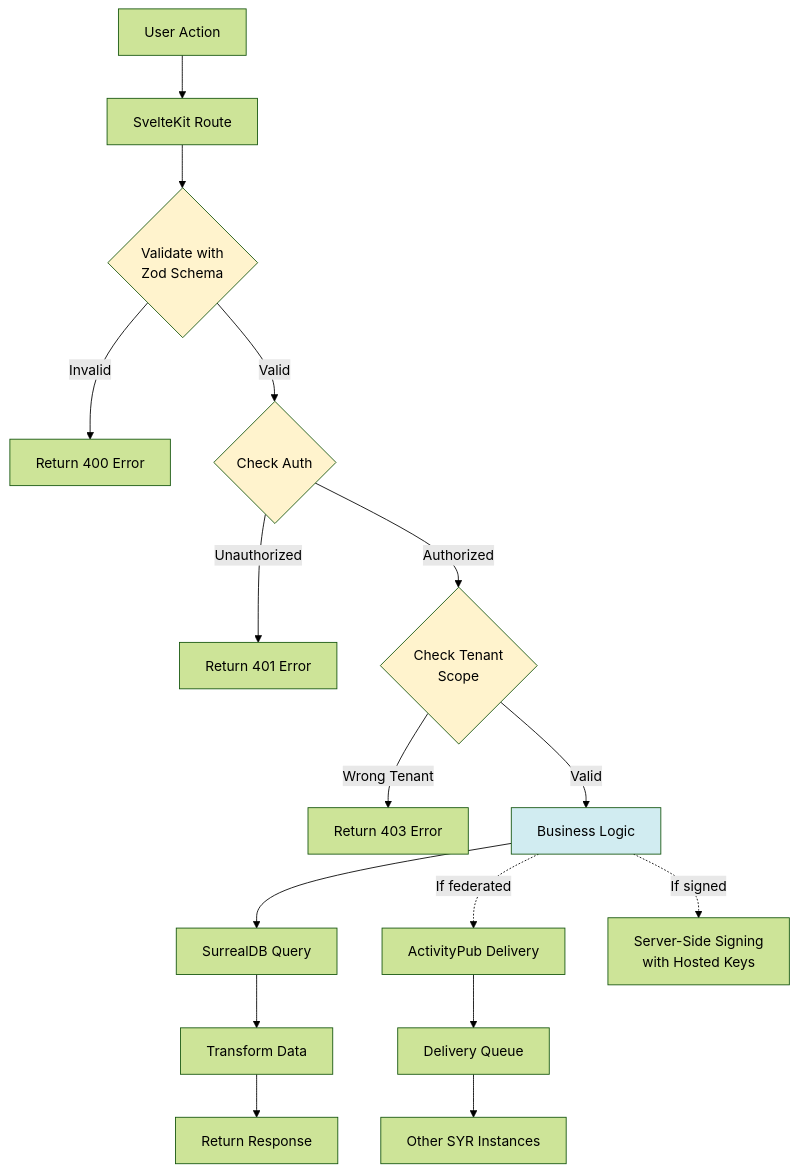
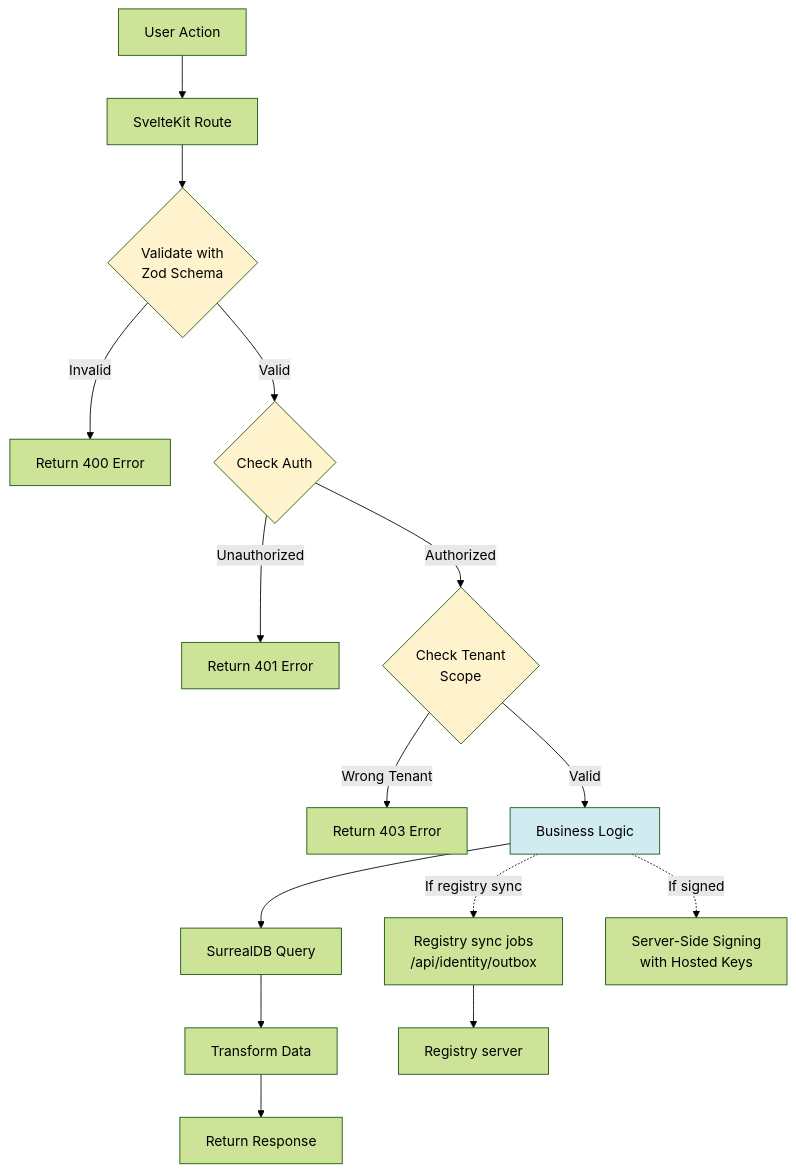
Before and after one commit to syr-is/syr: the tenth of 17 diagrams in Architecture.md, drawn with Mermaid (forest theme). The commit also changed other lines of this file and 67 other files, not shown here.

````diff
--- a/Architecture.md
+++ b/Architecture.md
@@ -442,31 +390,30 @@
 ```mermaid
 flowchart TB
     User[User Action]
 
     User --> Route[SvelteKit Route]
     Route --> Validate{Validate with<br/>Zod Schema}
 
     Validate -->|Invalid| Error[Return 400 Error]
     Validate -->|Valid| Auth{Check Auth}
 
     Auth -->|Unauthorized| Error401[Return 401 Error]
     Auth -->|Authorized| Tenant{Check Tenant<br/>Scope}
 
     Tenant -->|Wrong Tenant| Error403[Return 403 Error]
     Tenant -->|Valid| Business[Business Logic]
 
     Business --> DB[SurrealDB Query]
     DB --> Transform[Transform Data]
     Transform --> Response[Return Response]
 
-    Business -.->|If federated| Federation[ActivityPub Delivery]
+    Business -.->|If registry sync| RegistryJobs[Registry sync jobs<br/>/api/identity/outbox]
     Business -.->|If signed| Sign[Server-Side Signing<br/>with Hosted Keys]
 
-    Federation --> Queue[Delivery Queue]
-    Queue --> Remote[Other SYR Instances]
+    RegistryJobs --> Remote[Registry server]
 
     style Validate fill:#fff3cd
     style Auth fill:#fff3cd
     style Tenant fill:#fff3cd
     style Business fill:#d1ecf1
 ```
````
